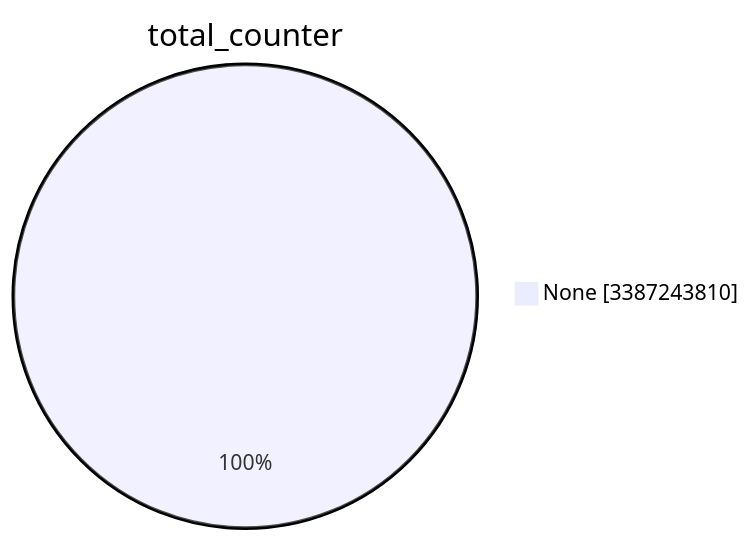
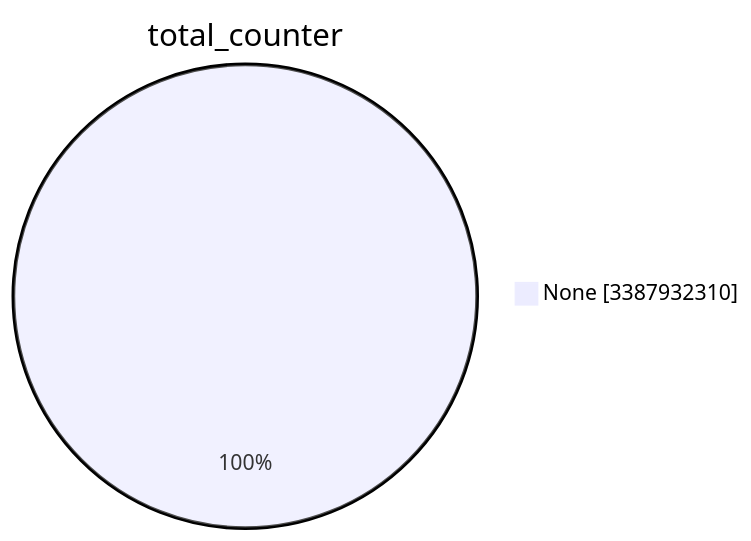
The first of 15 diagrams in TOTAL/README.md (christiankrug/ctmonitor_visualization), drawn with Mermaid before and after one commit. The commit also changed other lines of this file, not shown here.

````diff
--- a/TOTAL/README.md
+++ b/TOTAL/README.md
@@ -1,5 +1,5 @@
 ```mermaid
 pie showData
 title total_counter
-"None" :3387243810
+"None" :3387932310
 ```
````
